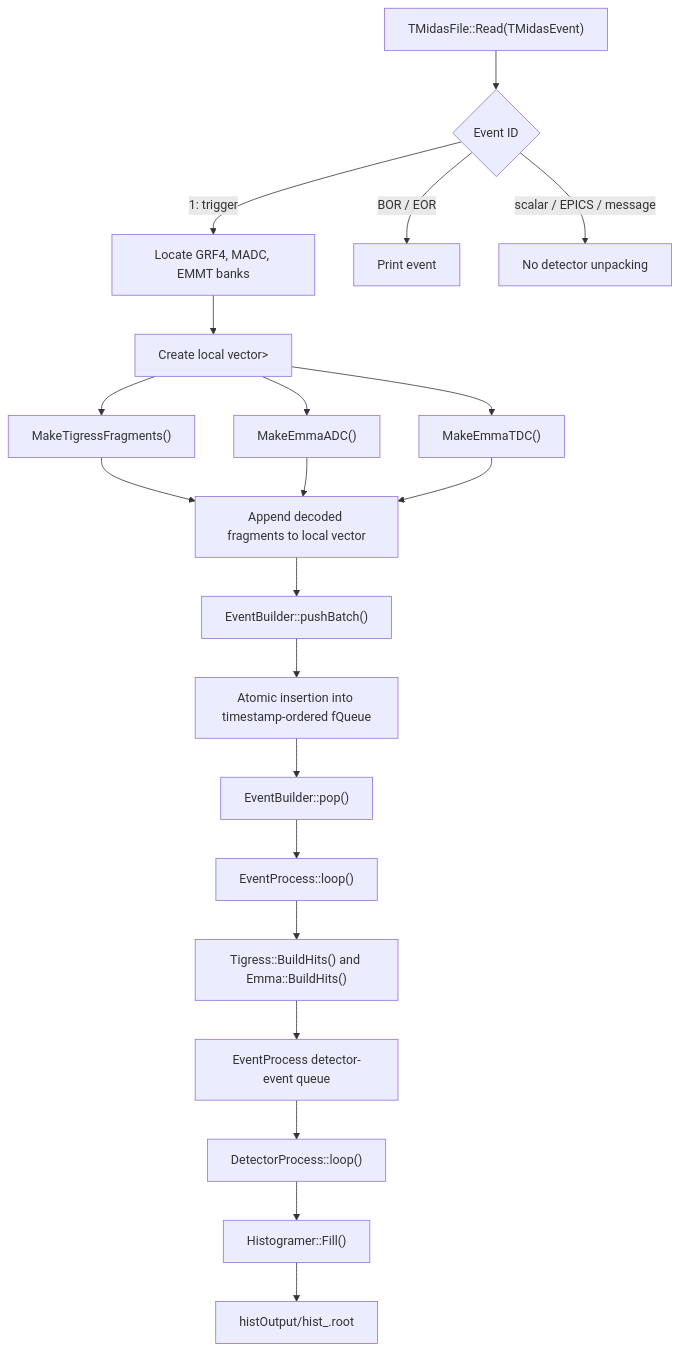
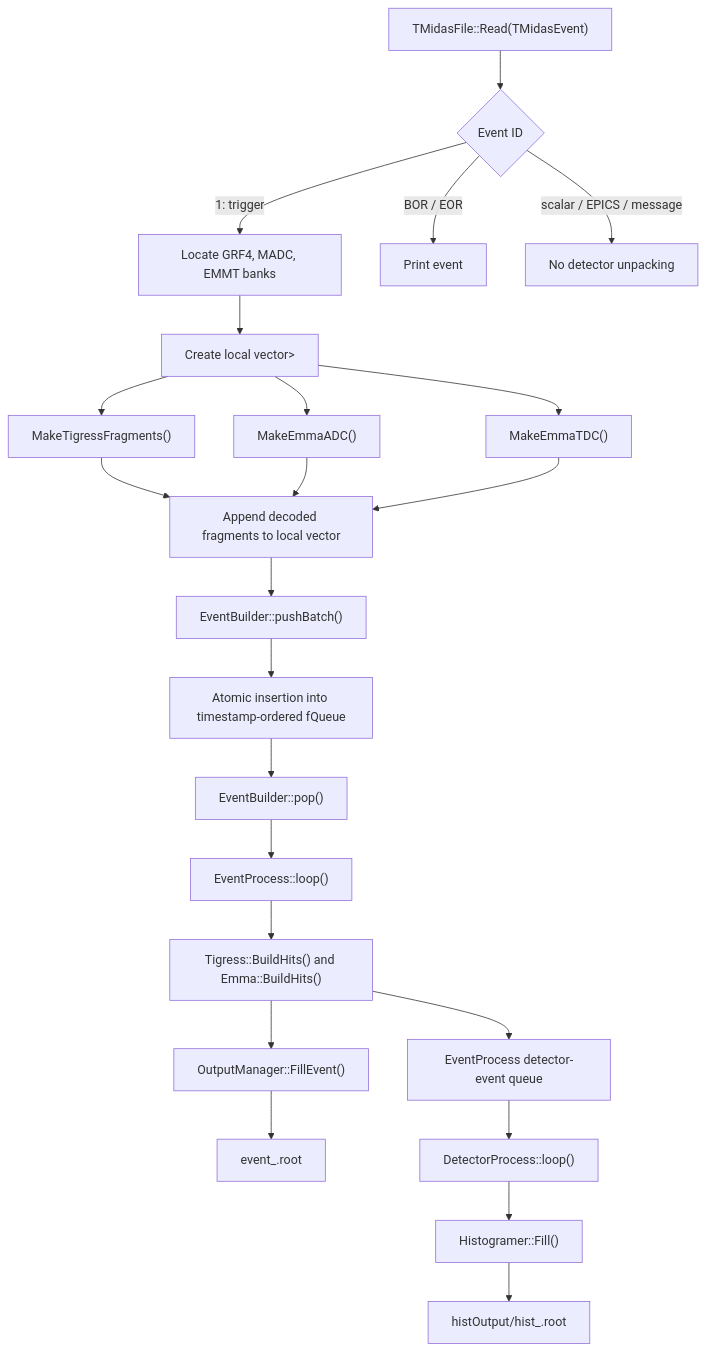
Before and after one commit to RHYME11/S2426Sort: the first of 2 diagrams in README.md, drawn with Mermaid. The commit also changed other lines of this file and 12 other files, not shown here.

````diff
--- a/README.md
+++ b/README.md
@@ -90,26 +100,28 @@
 ```mermaid
 flowchart TD
   A["TMidasFile::Read(TMidasEvent)"] --> B{"Event ID"}
   B -->|"1: trigger"| C["Locate GRF4, MADC, EMMT banks"]
   B -->|"BOR / EOR"| D["Print event"]
   B -->|"scalar / EPICS / message"| E["No detector unpacking"]
 
   C --> F["Create local vector<unique_ptr<Fragment>>"]
   F --> G["MakeTigressFragments()"]
   F --> H["MakeEmmaADC()"]
   F --> I["MakeEmmaTDC()"]
 
   G --> J["Append decoded fragments to local vector"]
   H --> J
   I --> J
 
   J --> K["EventBuilder::pushBatch()"]
   K --> L["Atomic insertion into timestamp-ordered fQueue"]
   L --> M["EventBuilder::pop()"]
   M --> N["EventProcess::loop()"]
   N --> O["Tigress::BuildHits() and Emma::BuildHits()"]
+  O --> T["OutputManager::FillEvent()"]
+  T --> U["event<run>_<subrun>.root"]
   O --> P["EventProcess detector-event queue"]
   P --> Q["DetectorProcess::loop()"]
   Q --> R["Histogramer::Fill()"]
   R --> S["histOutput/hist<run>_<subrun>.root"]
 ```
````
